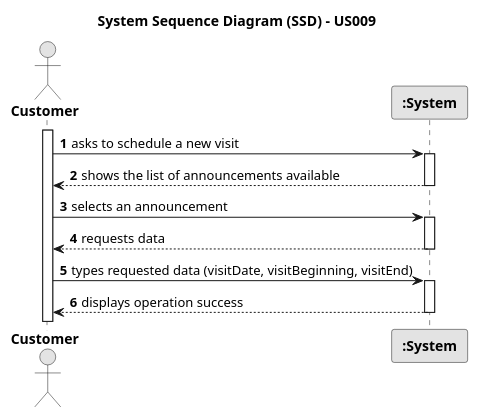
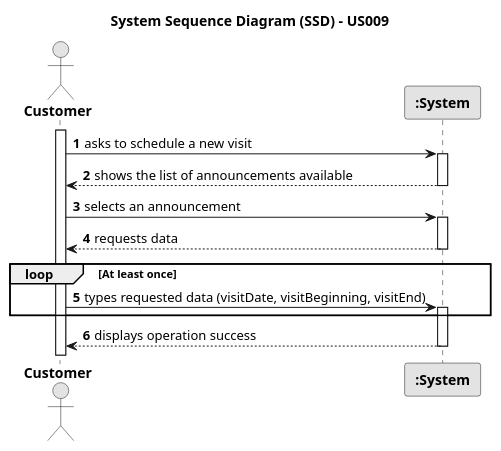
The diagram in docs/sprintC/us009/01.requirements-engineering/puml/us009-system-sequence-diagram.puml (rita-barbosa/LAPR2-2223), drawn with PlantUML before and after one commit.

Commit message:
SSD update [US009] [RE]

```diff
--- a/docs/sprintC/us009/01.requirements-engineering/puml/us009-system-sequence-diagram.puml
+++ b/docs/sprintC/us009/01.requirements-engineering/puml/us009-system-sequence-diagram.puml
@@ -1,33 +1,37 @@
 @startuml
 skinparam monochrome true
 skinparam packageStyle rectangle
 skinparam shadowing false
 
 title System Sequence Diagram (SSD) - US009
 
 autonumber
 
 actor "<b> Customer </b>" as CTM
 participant "<b> :System </b>" as System
 
 activate CTM
 
     CTM -> System : asks to schedule a new visit
         activate System
 
     System --> CTM : shows the list of announcements available
         deactivate System
 
     CTM -> System : selects an announcement
         activate System
 
     System --> CTM : requests data
         deactivate System
 
+    loop At least once
+
     CTM -> System : types requested data (visitDate, visitBeginning, visitEnd)
         activate System
+
+    end loop
 
     System --> CTM : displays operation success
         deactivate System
 
 @enduml
```
